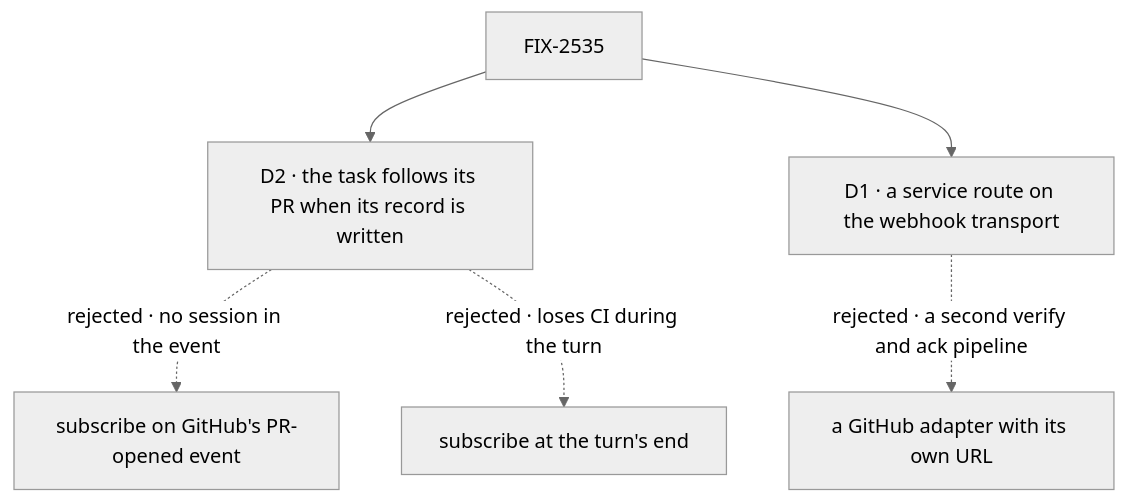
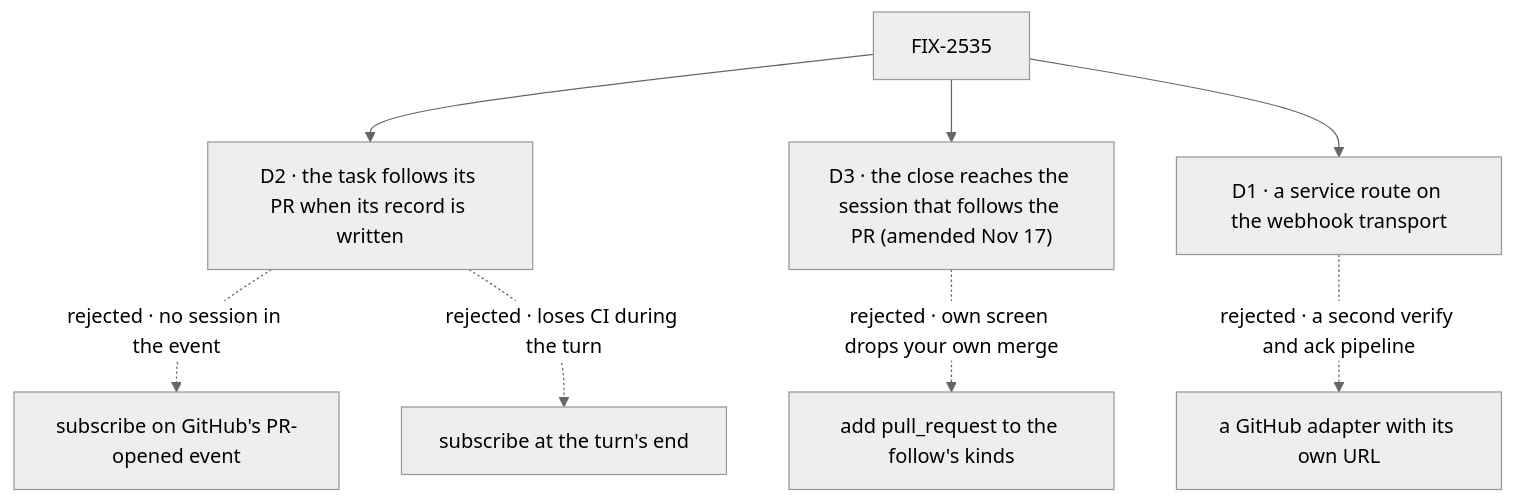
One commit to fixpoint-labs/flow-state-dev changed the diagram in specs/issues/FIX-2535/DECISIONS.md. Above: the diagram before and after it, drawn with Mermaid (neutral theme). The commit also changed other lines of this file, not shown here.

First line of the commit message:
spec(FIX-2784): amend FIX-2535 — a followed PR's close reaches the session that follows it

````diff
--- a/specs/issues/FIX-2535/DECISIONS.md
+++ b/specs/issues/FIX-2535/DECISIONS.md
@@ -10,8 +10,10 @@
 ```mermaid
 flowchart TD
   I["FIX-2535"] --> D2["D2 · the task follows its PR when its record is written"]
   D2 -.->|"rejected · no session in the event"| X2["subscribe on GitHub's PR-opened event"]
   D2 -.->|"rejected · loses CI during the turn"| Z2["subscribe at the turn's end"]
+  I --> D3["D3 · the close reaches the session that follows the PR (amended Nov 17)"]
+  D3 -.->|"rejected · own screen drops your own merge"| K3["add pull_request to the follow's kinds"]
   I --> D1["D1 · a service route on the webhook transport"]
   D1 -.->|"rejected · a second verify and ack pipeline"| X1["a GitHub adapter with its own URL"]
 ```
````
